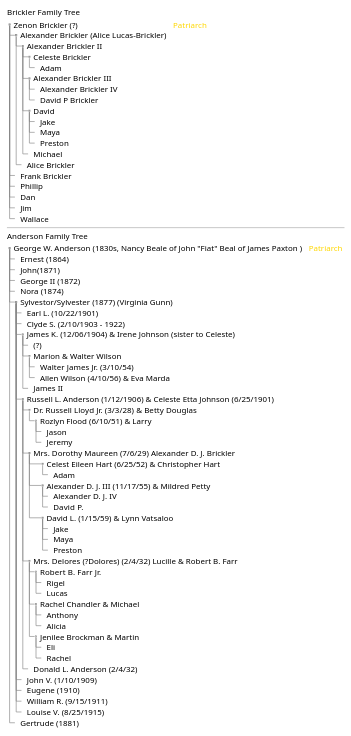
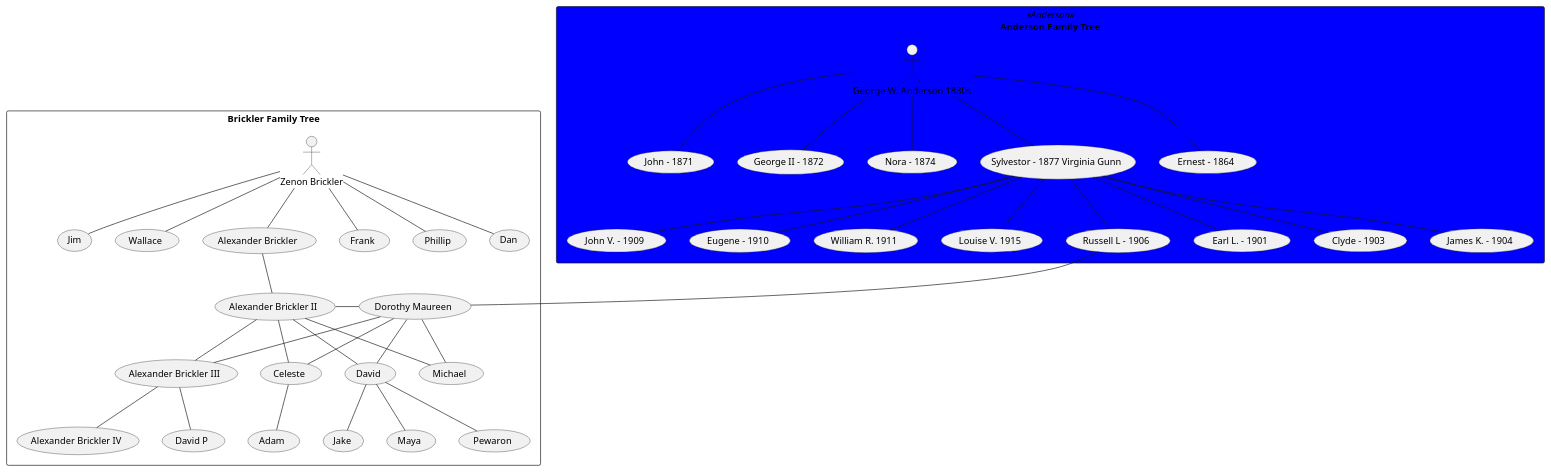
The diagram in app/familyTree.pu (mbrick02/PHPMBBlog), drawn with PlantUML before and after one commit.

Commit message:
familyTree.ph Usecase plantUML

```diff
--- a/app/familyTree.pu
+++ b/app/familyTree.pu
@@ -1,77 +1,54 @@
-@startsalt
-{
-  Brickler Family Tree
-  {T
-    + Zenon Brickler (?) | <color: gold>Patriarch</color>
-    ++ Alexander Brickler (Alice Lucas-Brickler)
-      +++ Alexander Brickler II
-        ++++ Celeste Brickler
-          +++++ Adam
-        ++++ Alexander Brickler III
-          +++++ Alexander Brickler IV
-          +++++ David P Brickler
-        ++++ David
-          +++++ Jake
-          +++++ Maya
-          +++++ Preston
-        ++++ Michael
-      +++ Alice Brickler
+@startuml
+  rectangle "Brickler Family Tree" as B {
+  actor "Zenon Brickler" as Z
+  (Alexander Brickler) as (A)
+  (Alexander Brickler II) as (AII)
+  (Alexander Brickler III) as (AIII)
+  (Alexander Brickler IV) as (AIV)
 
-    ++ Frank Brickler
-    ++ Phillip
-    ++ Dan
-    ++ Jim
-    ++ Wallace
+    Z -down- (A)
+      (A) -down- (AII)
+        (AII) -right- (D)
+        (AII) -down- (Celeste)
+          (Celeste) -down- (Adam)
+        (AII) -down- (AIII)
+          (AIII) -down- (AIV)
+          (AIII) -down- (David P)
+        (AII) -down- (David)
+          (David) -down- (Jake)
+          (David) -down- (Maya)
+          (David) -down- (Pewaron)
+
+        (AII) -down- (Michael)
+    Z -down- (Frank)
+    Z -down- (Phillip)
+    Z -down- (Dan)
+    Z -down- (Jim)
+    Z -down- (Wallace)
   }
-  --
-  Anderson Family Tree
-  {T
-    + George W. Anderson (1830s, Nancy Beale of John "Fiat" Beal of James Paxton ) | <color: gold>Patriarch</color>
-    ++ Ernest (1864)
-    ++ John(1871)
-    ++ George II (1872)
-    ++ Nora (1874)
-    ++ Sylvestor/Sylvester (1877) (Virginia Gunn)
-    +++ Earl L. (10/22/1901)
-		+++ Clyde S. (2/10/1903 - 1922)
-		+++ James K. (12/06/1904) & Irene Johnson (sister to Celeste)
-    ++++ (?)
-    ++++ Marion & Walter Wilson
-    +++++ Walter James Jr. (3/10/54)
-    +++++ Allen Wilson (4/10/56) & Eva Marda
-    ++++ James II
-		+++ Russell L. Anderson (1/12/1906) & Celeste Etta Johnson (6/25/1901)
-    ++++ Dr. Russell Lloyd Jr. (3/3/28) & Betty Douglas
-    +++++ Rozlyn Flood (6/10/51) & Larry
-    ++++++ Jason
-    ++++++ Jeremy
-		++++ Mrs. Dorothy Maureen (7/6/29) Alexander D. J. Brickler
-    ++++++ Celest Eileen Hart (6/25/52) & Christopher Hart
-    +++++++ Adam
-    ++++++ Alexander D. J. III (11/17/55) & Mildred Petty
-    +++++++ Alexander D. J. IV
-    +++++++ David P.
-    ++++++ David L. (1/15/59) & Lynn Vatsaloo
-    +++++++ Jake
-    +++++++ Maya
-    +++++++ Preston
-		++++ Mrs. Delores (?Dolores) (2/4/32) Lucille & Robert B. Farr
-    +++++ Robert B. Farr Jr.
-    ++++++ Rigel
-    ++++++ Lucas
-    +++++ Rachel Chandler & Michael
-    ++++++ Anthony
-    ++++++ Alicia
-    +++++ Jenilee Brockman & Martin
-    ++++++ Eli
-    ++++++ Rachel
-		++++ Donald L. Anderson (2/4/32)
-		+++ John V. (1/10/1909)
-		+++ Eugene (1910)
-		+++ William R. (9/15/1911)
-		+++ Louise V. (8/25/1915)
-    ++ Gertrude (1881)
 
+  rectangle "Anderson Family Tree" <<Anderson>> #blue {
+    :George W. Anderson 1830s: as GA
+    (Sylvestor - 1877 Virginia Gunn) as (S)
+    (Russell L - 1906) as (R)
+    (Dorothy Maureen) as (D)
+    GA -- (Ernest - 1864)
+    GA -- (John - 1871)
+    GA -- (George II - 1872)
+    GA -- (Nora - 1874)
+    GA -- (S)
+      (S) -- (Earl L. - 1901)
+      (S) -- (Clyde - 1903)
+      (S) -- (James K. - 1904)
+      (S) -- (R)
+        (R) -- (D)
+          (D) -- (Celeste)
+          (D) -- (AIII)
+          (D) -- (David)
+          (D) -- (Michael)
+      (S) -- (John V. - 1909)
+      (S) -- (Eugene - 1910)
+      (S) -- (William R. 1911)
+      (S) -- (Louise V. 1915)
   }
-}
-@endsalt
+@enduml
```
